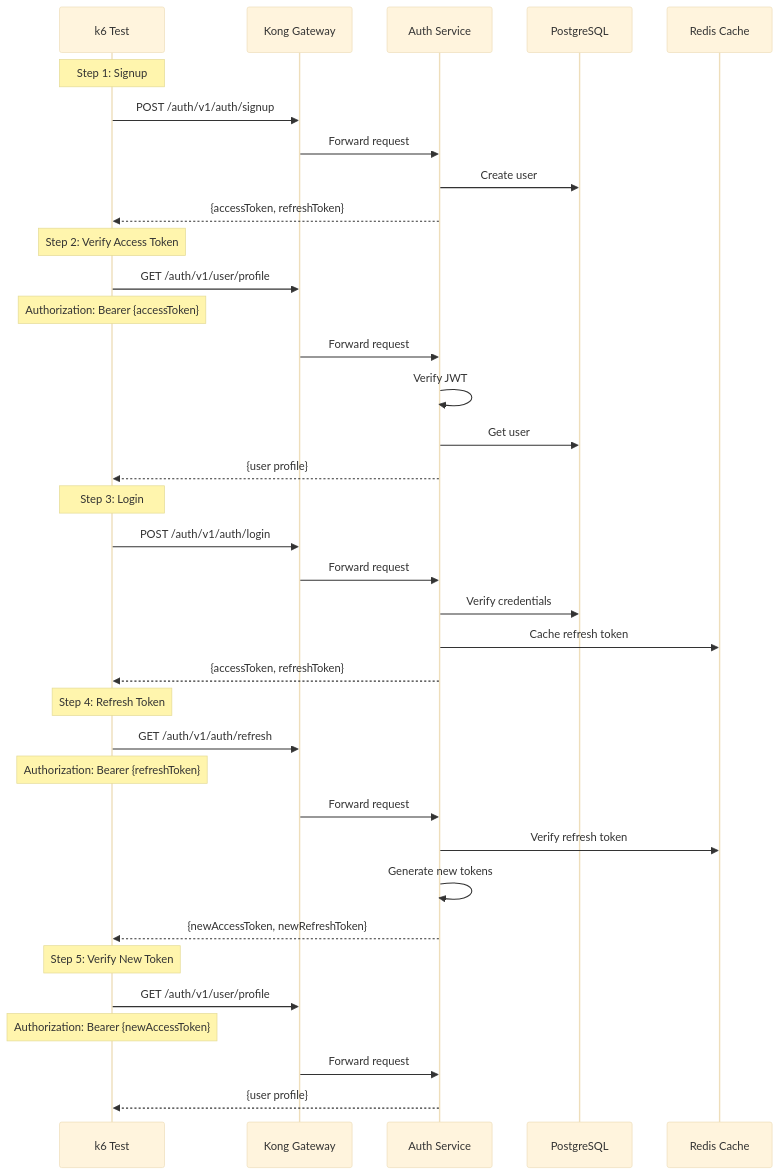
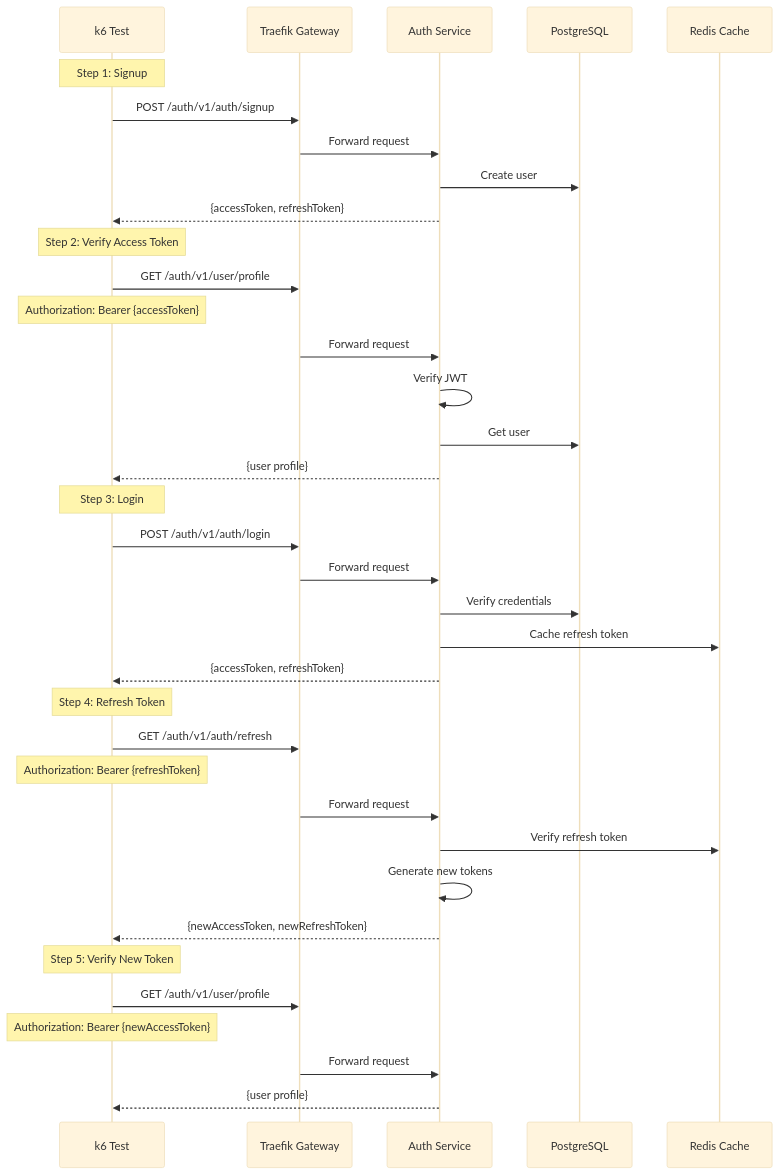
The diagram in k6-tests/src/flows/auth-flow.md (tinhthanh/nestjs-microservices), drawn with Mermaid (base theme) before and after one commit. The commit also changed 47 other files, not shown here.

````diff
--- a/k6-tests/src/flows/auth-flow.md
+++ b/k6-tests/src/flows/auth-flow.md
@@ -5,43 +5,43 @@
 ```mermaid
 sequenceDiagram
     participant K6 as k6 Test
-    participant Kong as Kong Gateway
+    participant Traefik as Traefik Gateway
     participant Auth as Auth Service
     participant DB as PostgreSQL
     participant Redis as Redis Cache
 
     Note over K6: Step 1: Signup
-    K6->>Kong: POST /auth/v1/auth/signup
-    Kong->>Auth: Forward request
+    K6->>Traefik: POST /auth/v1/auth/signup
+    Traefik->>Auth: Forward request
     Auth->>DB: Create user
     Auth-->>K6: {accessToken, refreshToken}
     
     Note over K6: Step 2: Verify Access Token
-    K6->>Kong: GET /auth/v1/user/profile
+    K6->>Traefik: GET /auth/v1/user/profile
     Note over K6: Authorization: Bearer {accessToken}
-    Kong->>Auth: Forward request
+    Traefik->>Auth: Forward request
     Auth->>Auth: Verify JWT
     Auth->>DB: Get user
     Auth-->>K6: {user profile}
     
     Note over K6: Step 3: Login
-    K6->>Kong: POST /auth/v1/auth/login
-    Kong->>Auth: Forward request
+    K6->>Traefik: POST /auth/v1/auth/login
+    Traefik->>Auth: Forward request
     Auth->>DB: Verify credentials
     Auth->>Redis: Cache refresh token
     Auth-->>K6: {accessToken, refreshToken}
     
     Note over K6: Step 4: Refresh Token
-    K6->>Kong: GET /auth/v1/auth/refresh
+    K6->>Traefik: GET /auth/v1/auth/refresh
     Note over K6: Authorization: Bearer {refreshToken}
-    Kong->>Auth: Forward request
+    Traefik->>Auth: Forward request
     Auth->>Redis: Verify refresh token
     Auth->>Auth: Generate new tokens
     Auth-->>K6: {newAccessToken, newRefreshToken}
     
     Note over K6: Step 5: Verify New Token
-    K6->>Kong: GET /auth/v1/user/profile
+    K6->>Traefik: GET /auth/v1/user/profile
     Note over K6: Authorization: Bearer {newAccessToken}
-    Kong->>Auth: Forward request
+    Traefik->>Auth: Forward request
     Auth-->>K6: {user profile}
 ```
````
